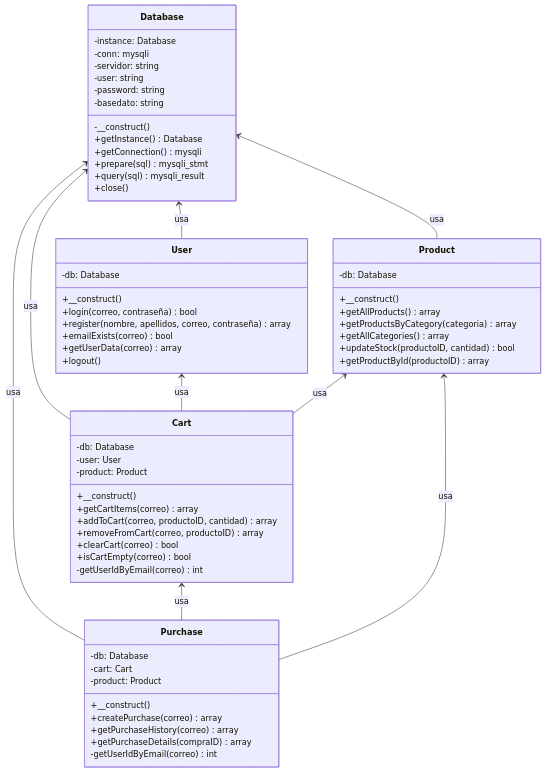
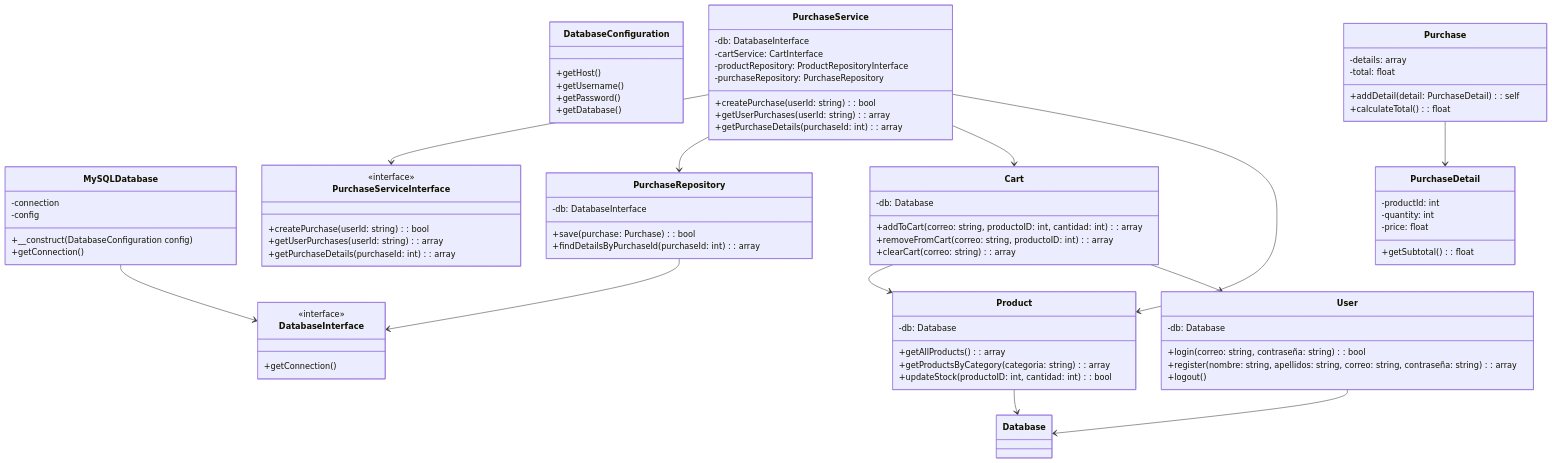
The diagram in INFO/clases.mermaid (A-Garcia0510/Cafe-VT), drawn with Mermaid before and after one commit. The commit also changed 59 other files, not shown here.

```diff
--- a/INFO/clases.mermaid
+++ b/INFO/clases.mermaid
@@ -1,68 +1,92 @@
 classDiagram
-    class Database {
-        -instance: Database
-        -conn: mysqli
-        -servidor: string
-        -user: string
-        -password: string
-        -basedato: string
-        -__construct()
-        +getInstance() Database
-        +getConnection() mysqli
-        +prepare(sql) mysqli_stmt
-        +query(sql) mysqli_result
-        +close()
+    %% Clases principales en src
+    class DatabaseInterface {
+        <<interface>>
+        +getConnection()
+    }
+
+    class MySQLDatabase {
+        -connection
+        -config
+        +__construct(DatabaseConfiguration config)
+        +getConnection()
+    }
+
+    class DatabaseConfiguration {
+        +getHost()
+        +getUsername()
+        +getPassword()
+        +getDatabase()
+    }
+
+    class PurchaseServiceInterface {
+        <<interface>>
+        +createPurchase(userId: string): bool
+        +getUserPurchases(userId: string): array
+        +getPurchaseDetails(purchaseId: int): array
+    }
+
+    class PurchaseService {
+        -db: DatabaseInterface
+        -cartService: CartInterface
+        -productRepository: ProductRepositoryInterface
+        -purchaseRepository: PurchaseRepository
+        +createPurchase(userId: string): bool
+        +getUserPurchases(userId: string): array
+        +getPurchaseDetails(purchaseId: int): array
+    }
+
+    class PurchaseRepository {
+        -db: DatabaseInterface
+        +save(purchase: Purchase): bool
+        +findDetailsByPurchaseId(purchaseId: int): array
+    }
+
+    class Purchase {
+        -details: array
+        -total: float
+        +addDetail(detail: PurchaseDetail): self
+        +calculateTotal(): float
+    }
+
+    class PurchaseDetail {
+        -productId: int
+        -quantity: int
+        -price: float
+        +getSubtotal(): float
+    }
+
+    %% Clases principales en PHP
+    class Cart {
+        -db: Database
+        +addToCart(correo: string, productoID: int, cantidad: int): array
+        +removeFromCart(correo: string, productoID: int): array
+        +clearCart(correo: string): array
+    }
+
+    class Product {
+        -db: Database
+        +getAllProducts(): array
+        +getProductsByCategory(categoria: string): array
+        +updateStock(productoID: int, cantidad: int): bool
     }
 
     class User {
         -db: Database
-        +__construct()
-        +login(correo, contraseña) bool
-        +register(nombre, apellidos, correo, contraseña) array
-        +emailExists(correo) bool
-        +getUserData(correo) array
+        +login(correo: string, contraseña: string): bool
+        +register(nombre: string, apellidos: string, correo: string, contraseña: string): array
         +logout()
     }
 
-    class Product {
-        -db: Database
-        +__construct()
-        +getAllProducts() array
-        +getProductsByCategory(categoria) array
-        +getAllCategories() array
-        +updateStock(productoID, cantidad) bool
-        +getProductById(productoID) array
-    }
-
-    class Cart {
-        -db: Database
-        -user: User
-        -product: Product
-        +__construct()
-        +getCartItems(correo) array
-        +addToCart(correo, productoID, cantidad) array
-        +removeFromCart(correo, productoID) array
-        +clearCart(correo) bool
-        +isCartEmpty(correo) bool
-        -getUserIdByEmail(correo) int
-    }
-
-    class Purchase {
-        -db: Database
-        -cart: Cart
-        -product: Product
-        +__construct()
-        +createPurchase(correo) array
-        +getPurchaseHistory(correo) array
-        +getPurchaseDetails(compraID) array
-        -getUserIdByEmail(correo) int
-    }
-
-    Database <-- User : usa
-    Database <-- Product : usa
-    Database <-- Cart : usa
-    Database <-- Purchase : usa
-    User <-- Cart : usa
-    Product <-- Cart : usa
-    Cart <-- Purchase : usa
-    Product <-- Purchase : usa
+    %% Relaciones entre clases
+    MySQLDatabase --> DatabaseInterface
+    PurchaseService --> PurchaseServiceInterface
+    PurchaseService --> PurchaseRepository
+    PurchaseService --> Cart
+    PurchaseService --> Product
+    PurchaseRepository --> DatabaseInterface
+    Purchase --> PurchaseDetail
+    Cart --> Product
+    Cart --> User
+    Product --> Database
+    User --> Database
```
